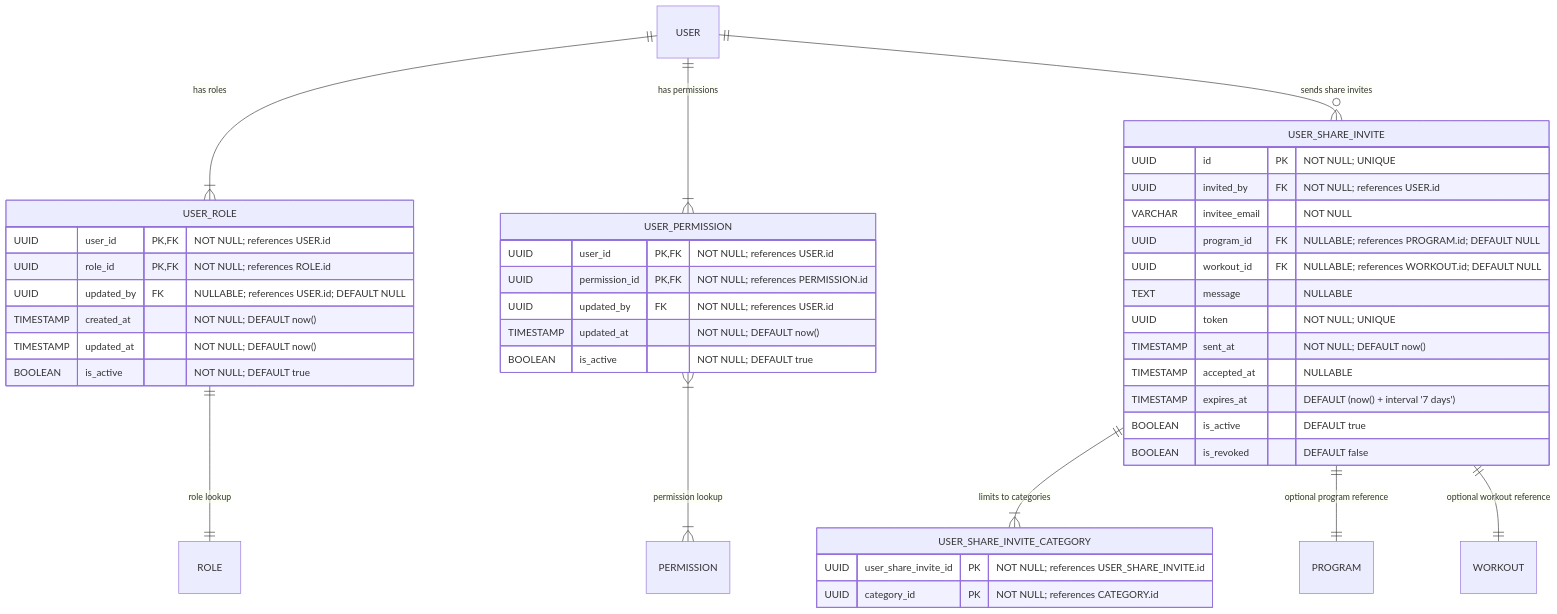
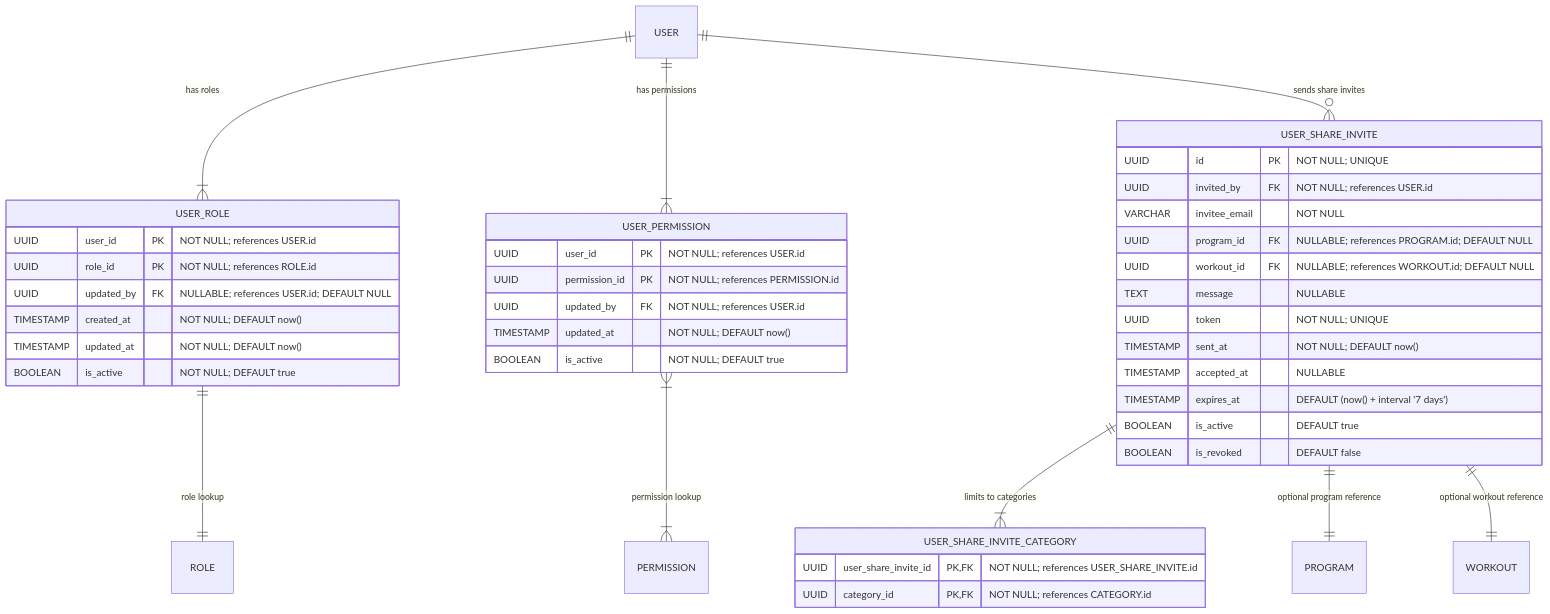
The diagram in docs/user/user_roles_permissions_access_control.md (Dratharias/Motriforge), drawn with Mermaid before and after one commit. The commit also changed 20 other files, not shown here.

````diff
--- a/docs/user/user_roles_permissions_access_control.md
+++ b/docs/user/user_roles_permissions_access_control.md
@@ -8,54 +8,54 @@
 ```mermaid
 erDiagram
   %%=== Layer 2: Roles, Permissions, and Sharing ===%%
 
   %%— Many-to-many between USER and ROLE/ PERMISSION —
   USER_ROLE {
-    UUID user_id PK,FK                "NOT NULL; references USER.id"
-    UUID role_id PK,FK                "NOT NULL; references ROLE.id"
+    UUID user_id PK                "NOT NULL; references USER.id"
+    UUID role_id PK                "NOT NULL; references ROLE.id"
     UUID updated_by FK               "NULLABLE; references USER.id; DEFAULT NULL"
     TIMESTAMP created_at            "NOT NULL; DEFAULT now()"
     TIMESTAMP updated_at             "NOT NULL; DEFAULT now()"
     BOOLEAN is_active                "NOT NULL; DEFAULT true"
   }
 
   USER_PERMISSION {
-    UUID user_id PK,FK                "NOT NULL; references USER.id"
-    UUID permission_id PK,FK          "NOT NULL; references PERMISSION.id"
+    UUID user_id PK                "NOT NULL; references USER.id"
+    UUID permission_id PK          "NOT NULL; references PERMISSION.id"
     UUID updated_by FK                "NOT NULL; references USER.id"
     TIMESTAMP updated_at             "NOT NULL; DEFAULT now()"
     BOOLEAN is_active                "NOT NULL; DEFAULT true"
   }
 
   %%— Sharing and Invites —
   USER_SHARE_INVITE {
     UUID id PK                        "NOT NULL; UNIQUE"
     UUID invited_by FK                "NOT NULL; references USER.id"
     VARCHAR invitee_email             "NOT NULL"
     UUID program_id FK                "NULLABLE; references PROGRAM.id; DEFAULT NULL"
     UUID workout_id FK                "NULLABLE; references WORKOUT.id; DEFAULT NULL"
     TEXT message                      "NULLABLE"
     UUID token                        "NOT NULL; UNIQUE"
     TIMESTAMP sent_at                 "NOT NULL; DEFAULT now()"
     TIMESTAMP accepted_at             "NULLABLE"
     TIMESTAMP expires_at              "DEFAULT (now() + interval '7 days')"
     BOOLEAN is_active                 "DEFAULT true"
     BOOLEAN is_revoked                "DEFAULT false"
   }
 
   USER_SHARE_INVITE_CATEGORY {
-    UUID user_share_invite_id PK "NOT NULL; references USER_SHARE_INVITE.id"
-    UUID category_id PK          "NOT NULL; references CATEGORY.id"
+    UUID user_share_invite_id PK,FK "NOT NULL; references USER_SHARE_INVITE.id"
+    UUID category_id PK,FK          "NOT NULL; references CATEGORY.id"
   }
 
   %%— Relationships —
   USER ||--|{ USER_ROLE             : "has roles"
   USER ||--|{ USER_PERMISSION       : "has permissions"
   USER ||--o{ USER_SHARE_INVITE     : "sends share invites"
   USER_SHARE_INVITE ||--|{ USER_SHARE_INVITE_CATEGORY : "limits to categories"
   USER_SHARE_INVITE ||--|| PROGRAM  : "optional program reference"
   USER_SHARE_INVITE ||--|| WORKOUT  : "optional workout reference"
   USER_ROLE ||--|| ROLE : "role lookup"
   USER_PERMISSION }|--|{ PERMISSION : "permission lookup"
 	
 ```
````
